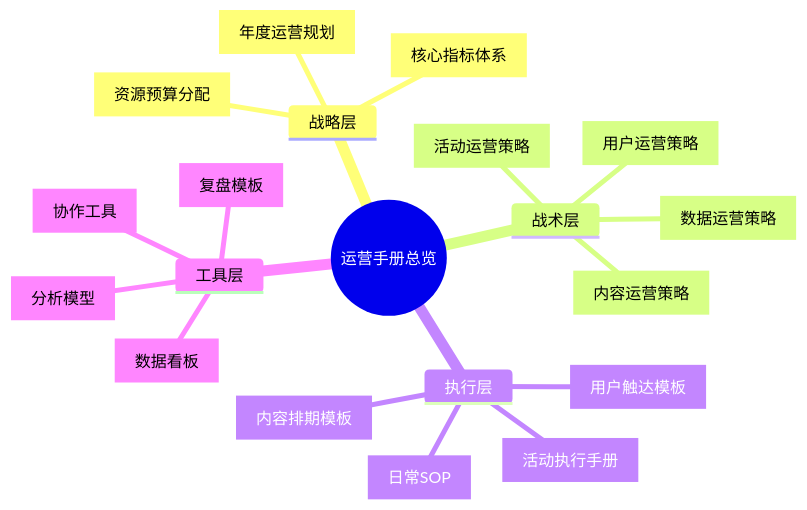
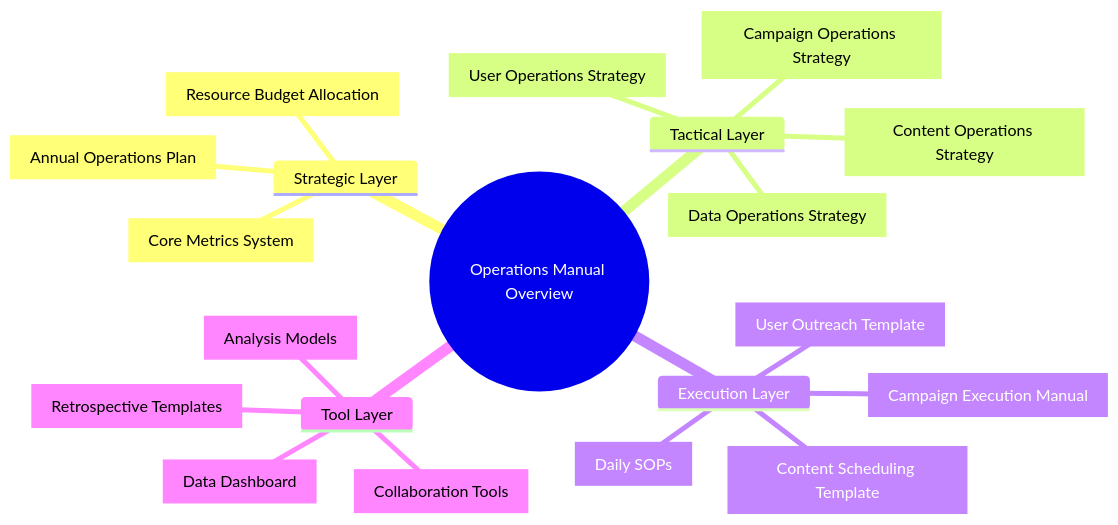
The first of 9 diagrams in templates/产品/运营层/【模板】运营手册.md (Kirky-X/cangjie), drawn with Mermaid before and after one commit. The commit also changed other lines of this file and 46 other files, not shown here.

````diff
--- a/templates/产品/运营层/【模板】运营手册.md
+++ b/templates/产品/运营层/【模板】运营手册.md
@@ -59,23 +59,23 @@
 ```mermaid
 mindmap
-  root((运营手册总览))
-    战略层
-      [年度运营规划]
-      [核心指标体系]
-      [资源预算分配]
-    战术层
-      [用户运营策略]
-      [内容运营策略]
-      [活动运营策略]
-      [数据运营策略]
-    执行层
-      [日常SOP]
-      [活动执行手册]
-      [内容排期模板]
-      [用户触达模板]
-    工具层
-      [数据看板]
-      [分析模型]
-      [复盘模板]
-      [协作工具]
+  root((Operations Manual Overview))
+    Strategic Layer
+      [Annual Operations Plan]
+      [Core Metrics System]
+      [Resource Budget Allocation]
+    Tactical Layer
+      [User Operations Strategy]
+      [Content Operations Strategy]
+      [Campaign Operations Strategy]
+      [Data Operations Strategy]
+    Execution Layer
+      [Daily SOPs]
+      [Campaign Execution Manual]
+      [Content Scheduling Template]
+      [User Outreach Template]
+    Tool Layer
+      [Data Dashboard]
+      [Analysis Models]
+      [Retrospective Templates]
+      [Collaboration Tools]
 ```
````
